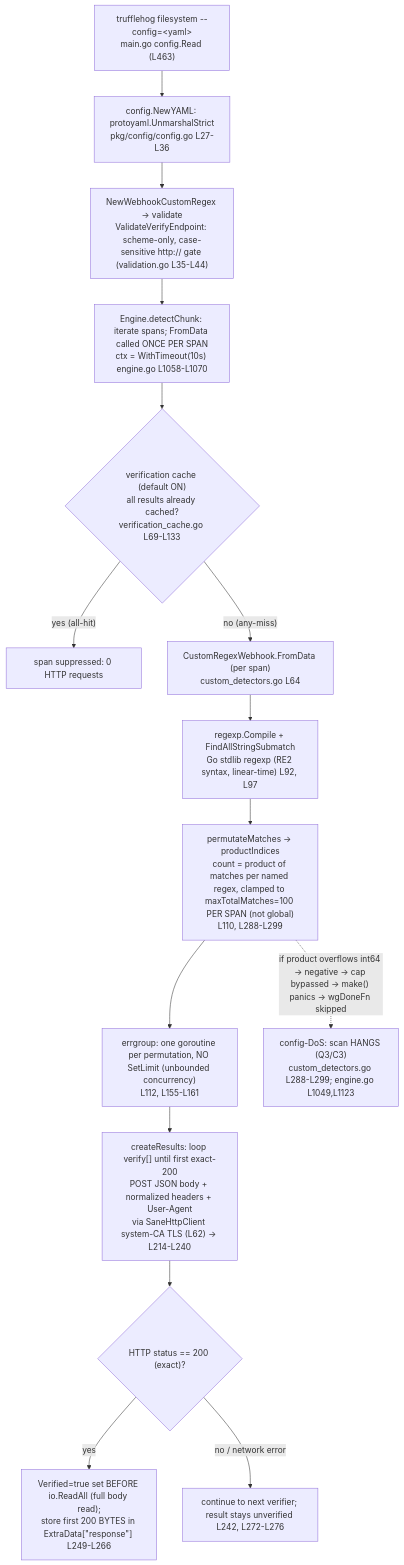
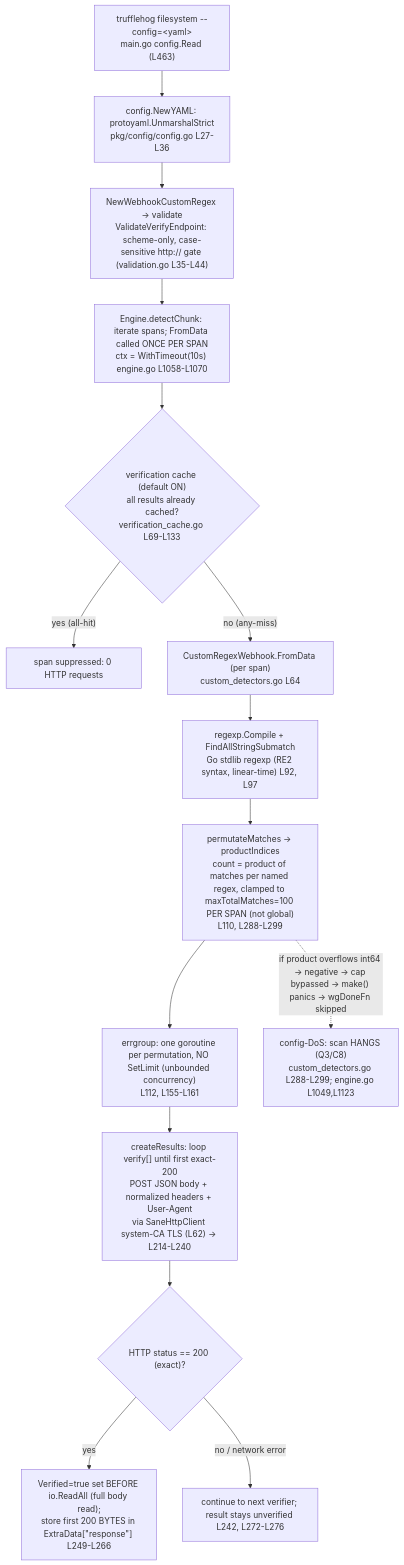
One commit to blitzy-research/trufflehog changed the diagram in blitzy/documentation/trufflehog_e42153d44a5e.md. Above: the diagram before and after it, drawn with Mermaid. The commit also changed other lines of this file, not shown here.

First line of the commit message:
docs(security): correct config-DoS cross-references Q3/C3 -> Q3/C8

````diff
--- a/blitzy/documentation/trufflehog_e42153d44a5e.md
+++ b/blitzy/documentation/trufflehog_e42153d44a5e.md
@@ -33,17 +33,17 @@
 ```mermaid
 flowchart TD
     A["trufflehog filesystem --config=&lt;yaml&gt;<br/>main.go config.Read (L463)"] --> B["config.NewYAML: protoyaml.UnmarshalStrict<br/>pkg/config/config.go L27-L36"]
     B --> C["NewWebhookCustomRegex → validate<br/>ValidateVerifyEndpoint: scheme-only, case-sensitive http:// gate (validation.go L35-L44)"]
     C --> D["Engine.detectChunk: iterate spans; FromData called ONCE PER SPAN<br/>ctx = WithTimeout(10s) engine.go L1058-L1070"]
     D --> CACHE{"verification cache (default ON)<br/>all results already cached?<br/>verification_cache.go L69-L133"}
     CACHE -->|"yes (all-hit)"| SUPP["span suppressed: 0 HTTP requests"]
     CACHE -->|"no (any-miss)"| E["CustomRegexWebhook.FromData (per span)<br/>custom_detectors.go L64"]
     E --> F["regexp.Compile + FindAllStringSubmatch<br/>Go stdlib regexp (RE2 syntax, linear-time) L92, L97"]
     F --> G["permutateMatches → productIndices<br/>count = product of matches per named regex, clamped to maxTotalMatches=100 PER SPAN (not global)<br/>L110, L288-L299"]
     G --> H["errgroup: one goroutine per permutation, NO SetLimit (unbounded concurrency)<br/>L112, L155-L161"]
     H --> I["createResults: loop verify[] until first exact-200<br/>POST JSON body + normalized headers + User-Agent<br/>via SaneHttpClient system-CA TLS (L62) → L214-L240"]
     I --> J{"HTTP status == 200 (exact)?"}
     J -->|"yes"| K["Verified=true set BEFORE io.ReadAll (full body read);<br/>store first 200 BYTES in ExtraData[&quot;response&quot;] L249-L266"]
     J -->|"no / network error"| L["continue to next verifier; result stays unverified L242, L272-L276"]
-    G -.->|"if product overflows int64 → negative → cap bypassed → make() panics → wgDoneFn skipped"| X["config-DoS: scan HANGS (Q3/C3)<br/>custom_detectors.go L288-L299; engine.go L1049,L1123"]
+    G -.->|"if product overflows int64 → negative → cap bypassed → make() panics → wgDoneFn skipped"| X["config-DoS: scan HANGS (Q3/C8)<br/>custom_detectors.go L288-L299; engine.go L1049,L1123"]
 ```
````
